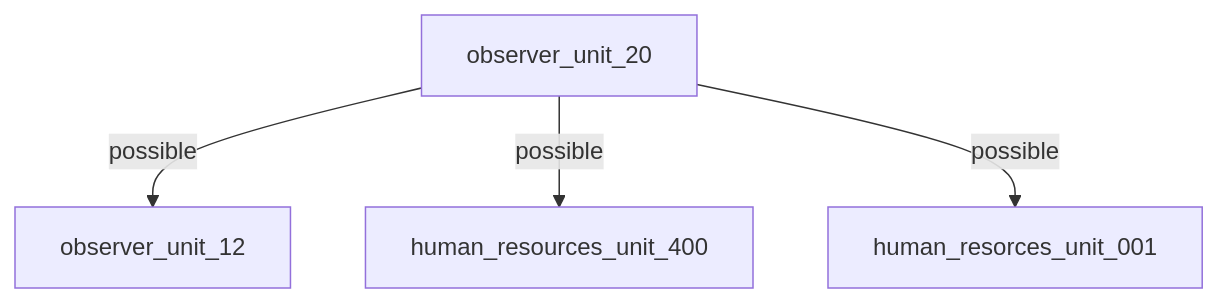
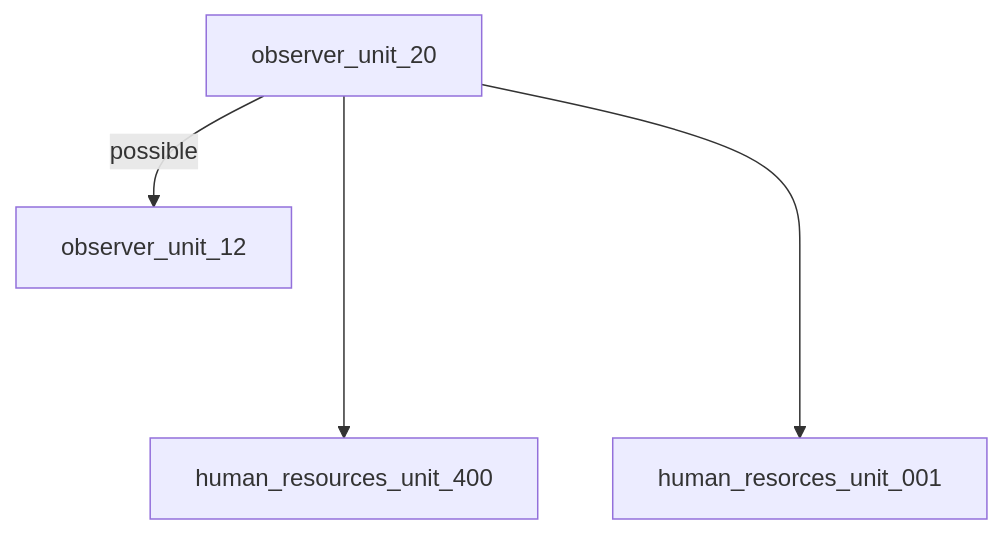
One commit to 3ncy/ARRS-s5 changed the diagram in README.md. Above: the diagram before and after it, drawn with Mermaid. The commit also changed other lines of this file, not shown here.

Commit message:
README.md

````diff
--- a/README.md
+++ b/README.md
@@ -9,6 +10,6 @@
 ```mermaid
 graph TD;
     observer_unit_20 --possible--> observer_unit_12;
-    observer_unit_20 --possible--> human_resources_unit_400;
-    observer_unit_20 --possible--> human_resorces_unit_001;
+    observer_unit_20 ----> human_resources_unit_400;
+    observer_unit_20 ----> human_resorces_unit_001;
 ```
````
